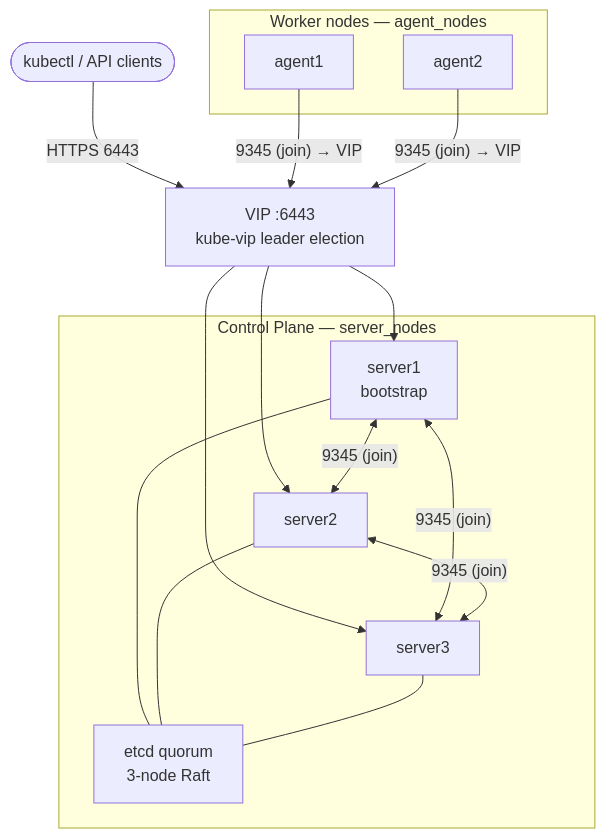
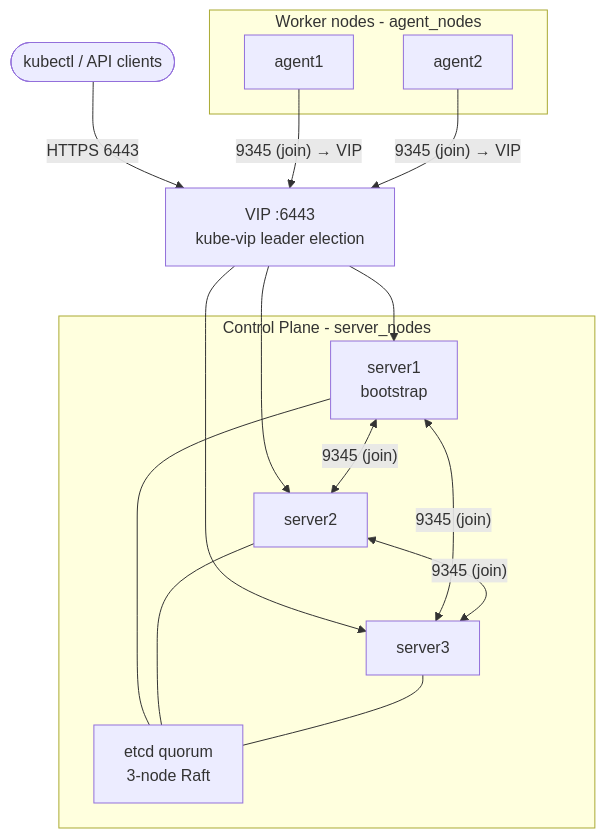
Before and after one commit to devopsgroupeu/ansible-role-rke2: the first of 3 diagrams in docs/ARCHITECTURE.md, drawn with Mermaid. The commit also changed other lines of this file and 67 other files, not shown here.

````diff
--- a/docs/ARCHITECTURE.md
+++ b/docs/ARCHITECTURE.md
@@ -16,30 +16,30 @@
 ```mermaid
 flowchart TD
     clients(["kubectl / API clients"])
     vip["VIP :6443\nkube-vip leader election"]
 
-    subgraph cp["Control Plane — server_nodes"]
+    subgraph cp["Control Plane - server_nodes"]
         s1["server1\nbootstrap"]
         s2["server2"]
         s3["server3"]
         etcd["etcd quorum\n3-node Raft"]
     end
 
-    subgraph workers["Worker nodes — agent_nodes"]
+    subgraph workers["Worker nodes - agent_nodes"]
         a1["agent1"]
         a2["agent2"]
     end
 
     clients -->|HTTPS 6443| vip
     vip --> s1
     vip --> s2
     vip --> s3
     s1 <-->|"9345 (join)"| s2
     s1 <-->|"9345 (join)"| s3
     s2 <-->|"9345 (join)"| s3
     s1 --- etcd
     s2 --- etcd
     s3 --- etcd
     a1 -->|"9345 (join) → VIP"| vip
     a2 -->|"9345 (join) → VIP"| vip
 ```
````
